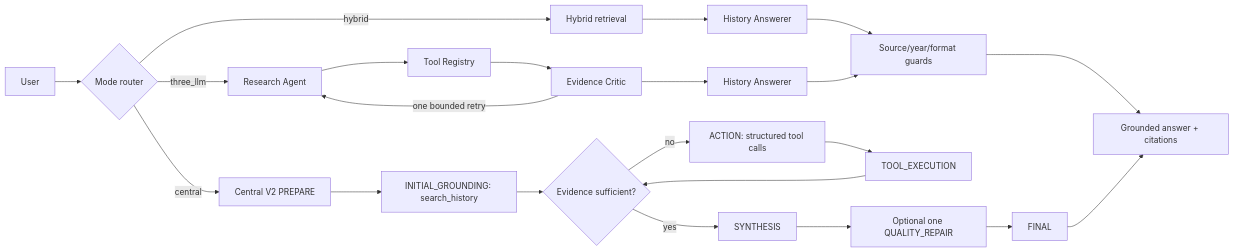
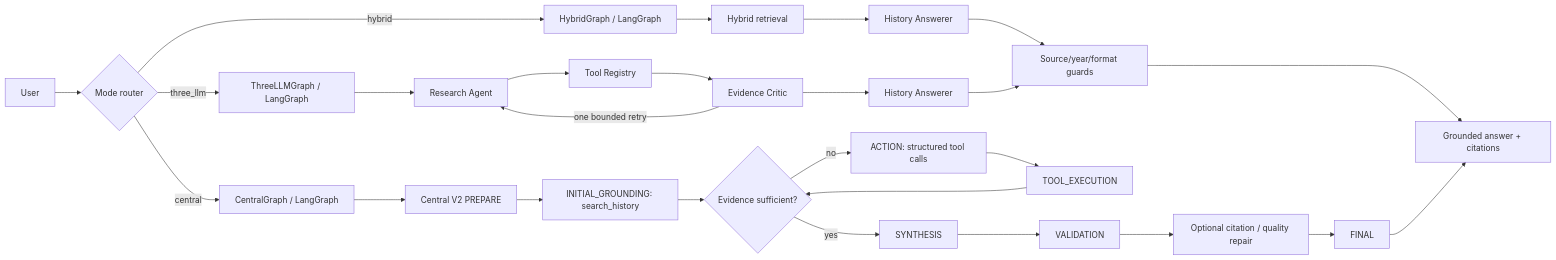
One commit to ChuTungDuongg/Chatbot_answering_vietnamese_history changed the diagram in README.md. Above: the diagram before and after it, drawn with Mermaid. The commit also changed other lines of this file and 22 other files, not shown here.

````diff
--- a/README.md
+++ b/README.md
@@ -47,28 +47,32 @@
 ```mermaid
 flowchart LR
     U[User] --> M{Mode router}
 
-    M -->|hybrid| HR[Hybrid retrieval]
+    M -->|hybrid| HG[HybridGraph / LangGraph]
+    HG --> HR[Hybrid retrieval]
     HR --> HA[History Answerer]
     HA --> G[Source/year/format guards]
 
-    M -->|three_llm| R[Research Agent]
+    M -->|three_llm| TG[ThreeLLMGraph / LangGraph]
+    TG --> R[Research Agent]
     R --> TR[Tool Registry]
     TR --> E[Evidence Critic]
     E -->|one bounded retry| R
     E --> H[History Answerer]
     H --> G
 
-    M -->|central| P[Central V2 PREPARE]
+    M -->|central| CG[CentralGraph / LangGraph]
+    CG --> P[Central V2 PREPARE]
     P --> LG[INITIAL_GROUNDING: search_history]
     LG --> S{Evidence sufficient?}
     S -->|no| AC[ACTION: structured tool calls]
     AC --> TE[TOOL_EXECUTION]
     TE --> S
     S -->|yes| SY[SYNTHESIS]
-    SY --> QR[Optional one QUALITY_REPAIR]
+    SY --> V[VALIDATION]
+    V --> QR[Optional citation / quality repair]
     QR --> F[FINAL]
 
     G --> A[Grounded answer + citations]
     F --> A
 ```
````
